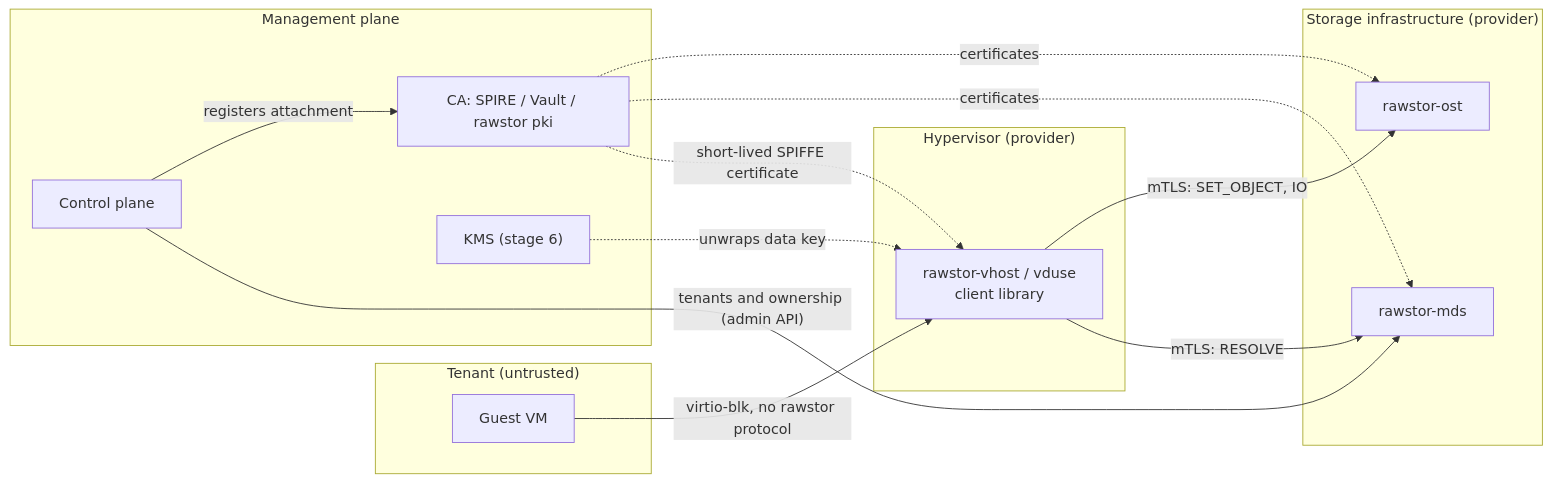
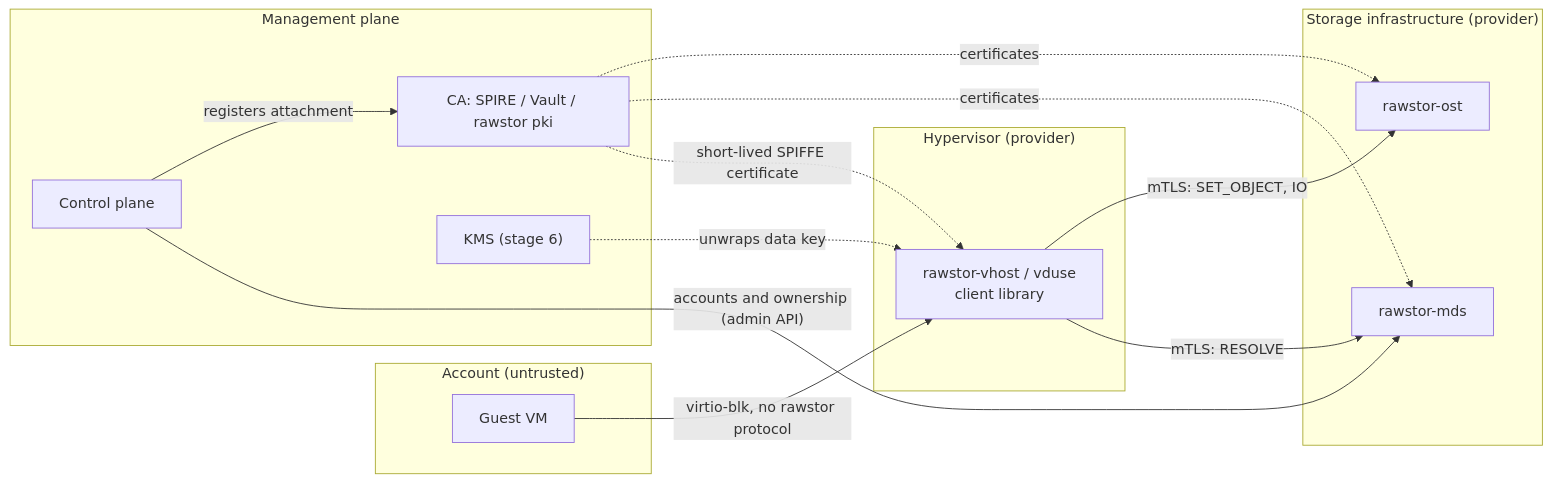
Before and after one commit to rawstor/librawstor: the first of 3 diagrams in docs/security.md, drawn with Mermaid. The commit also changed other lines of this file and 98 other files, not shown here.

First line of the commit message:
ref: tenant is renamed to account

````diff
--- a/docs/security.md
+++ b/docs/security.md
@@ -79,28 +79,28 @@
 ```mermaid
 flowchart LR
-    subgraph tenant["Tenant (untrusted)"]
+    subgraph account["Account (untrusted)"]
         guest["Guest VM"]
     end
     subgraph hv["Hypervisor (provider)"]
         vhost["rawstor-vhost / vduse<br/>client library"]
     end
     subgraph infra["Storage infrastructure (provider)"]
         mds["rawstor-mds"]
         ost["rawstor-ost"]
     end
     subgraph mgmt["Management plane"]
         cp["Control plane"]
         ca["CA: SPIRE / Vault / rawstor pki"]
         kms["KMS (stage 6)"]
     end
 
     guest -- "virtio-blk, no rawstor protocol" --> vhost
     vhost -- "mTLS: RESOLVE" --> mds
     vhost -- "mTLS: SET_OBJECT, IO" --> ost
-    cp -- "tenants and ownership (admin API)" --> mds
+    cp -- "accounts and ownership (admin API)" --> mds
     cp -- "registers attachment" --> ca
     ca -. "short-lived SPIFFE certificate" .-> vhost
     ca -. "certificates" .-> mds
     ca -. "certificates" .-> ost
     kms -. "unwraps data key" .-> vhost
 ```
````
